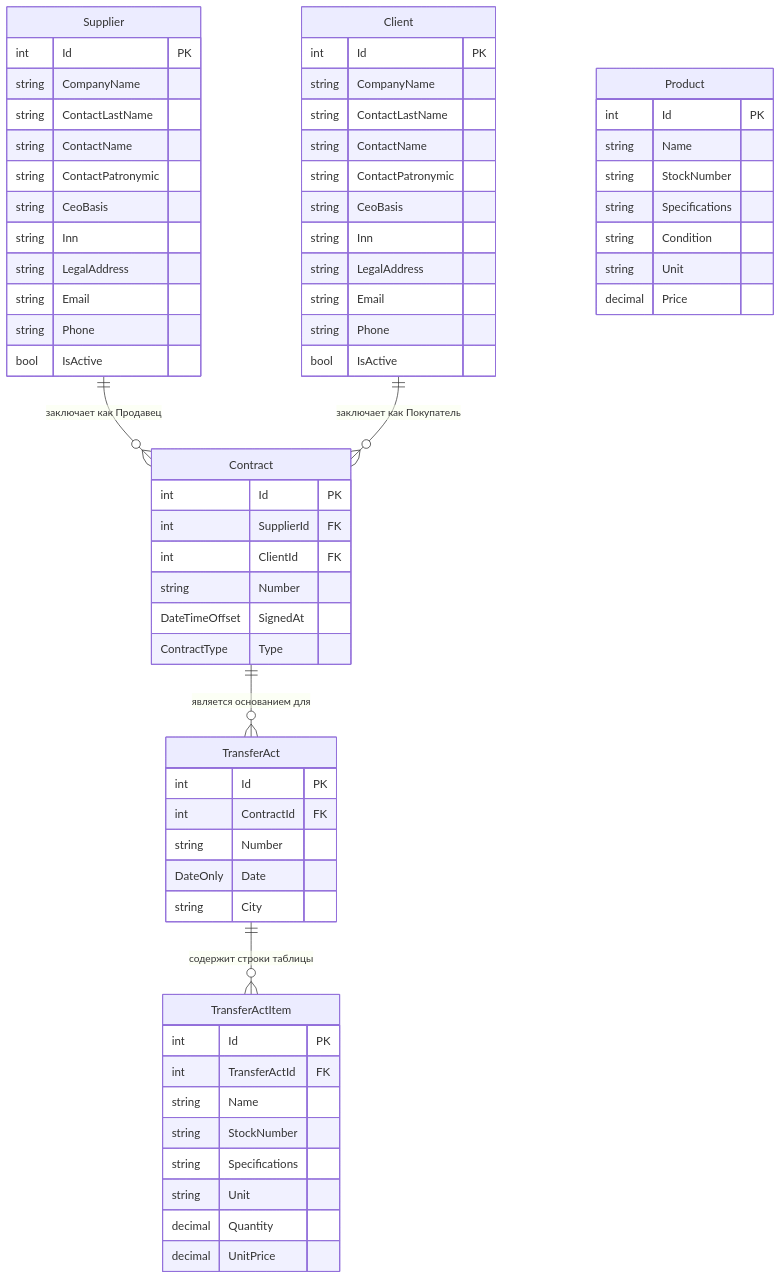
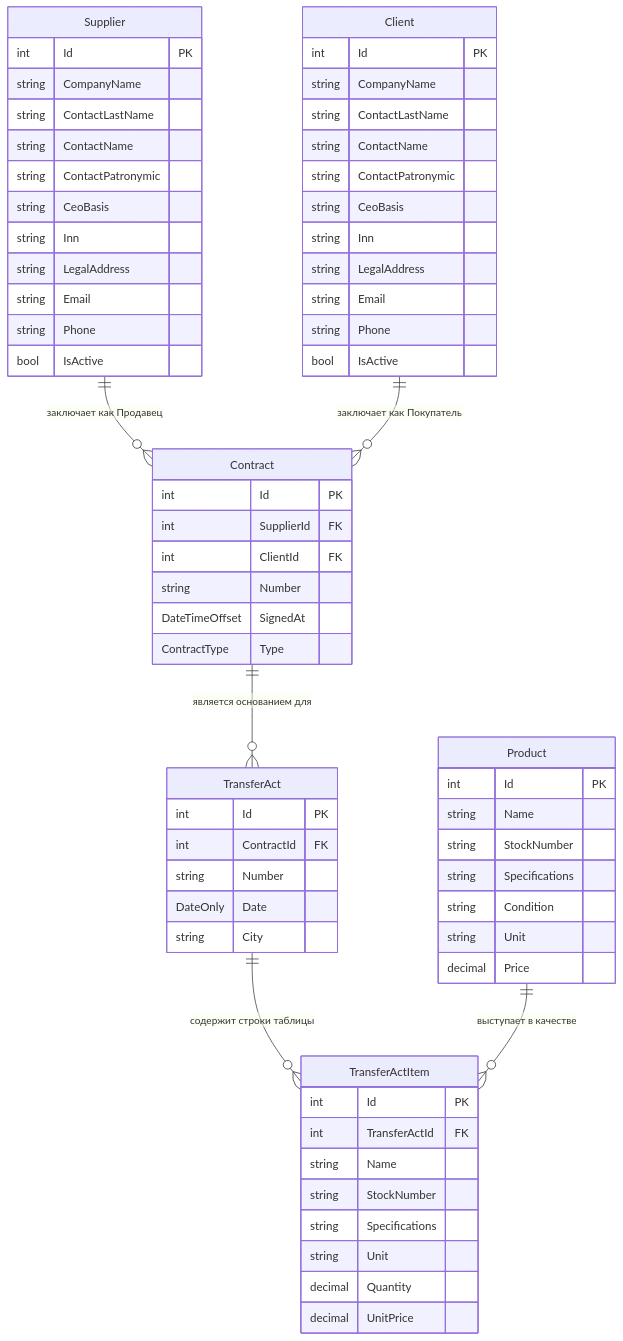
One commit to Soff6799/Transfer-OfficeFurniture-Equipment changed the diagram in README.md. Above: the diagram before and after it, drawn with Mermaid.

````diff
--- a/README.md
+++ b/README.md
@@ -15,73 +15,74 @@
 ```mermaid
 erDiagram
     Supplier ||--o{ Contract : "заключает как Продавец"
     Client ||--o{ Contract : "заключает как Покупатель"
     Contract ||--o{ TransferAct : "является основанием для"
     TransferAct ||--o{ TransferActItem : "содержит строки таблицы"
+    Product ||--o{ TransferActItem : "выступает в качестве"
 
     Supplier {
         int Id PK
         string CompanyName
         string ContactLastName
         string ContactName
         string ContactPatronymic
         string CeoBasis
         string Inn
         string LegalAddress
         string Email
         string Phone
         bool IsActive
     }
 
     Client {
         int Id PK
         string CompanyName
         string ContactLastName
         string ContactName
         string ContactPatronymic
         string CeoBasis
         string Inn
         string LegalAddress
         string Email
         string Phone
         bool IsActive
     }
 
     Contract {
         int Id PK
         int SupplierId FK
         int ClientId FK
         string Number
         DateTimeOffset SignedAt
         ContractType Type
     }
 
     TransferAct {
         int Id PK
         int ContractId FK
         string Number
         DateOnly Date
         string City
     }
 
     TransferActItem {
         int Id PK
         int TransferActId FK
         string Name
         string StockNumber
         string Specifications
         string Unit
         decimal Quantity
         decimal UnitPrice
     }
 
     Product {
         int Id PK
         string Name
         string StockNumber
         string Specifications
         string Condition
         string Unit
         decimal Price
     }
 ```
````
